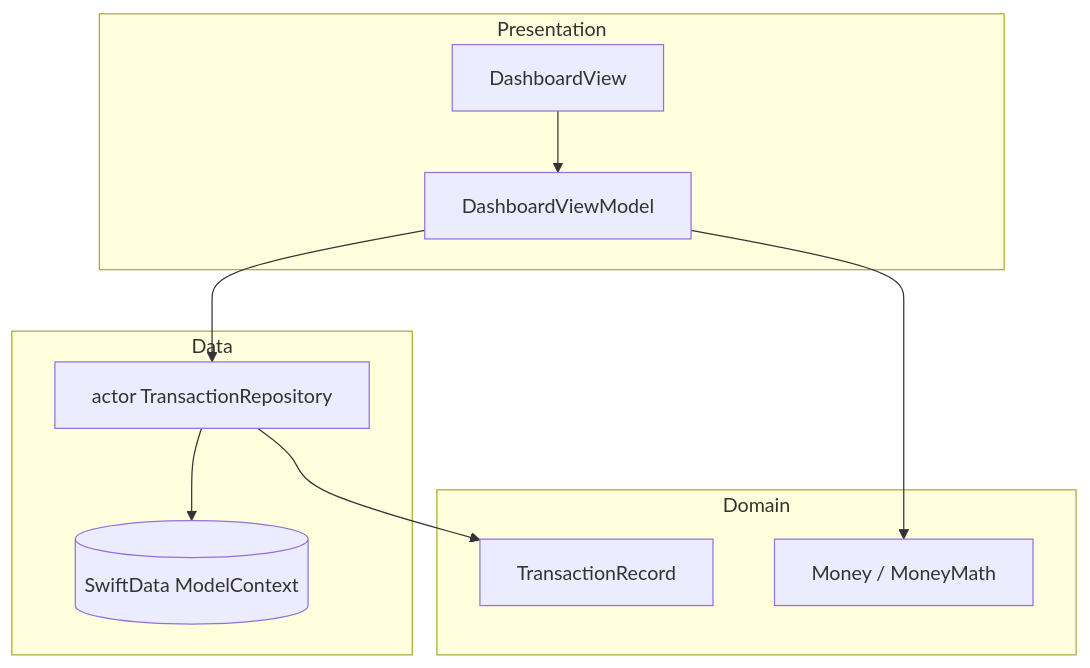
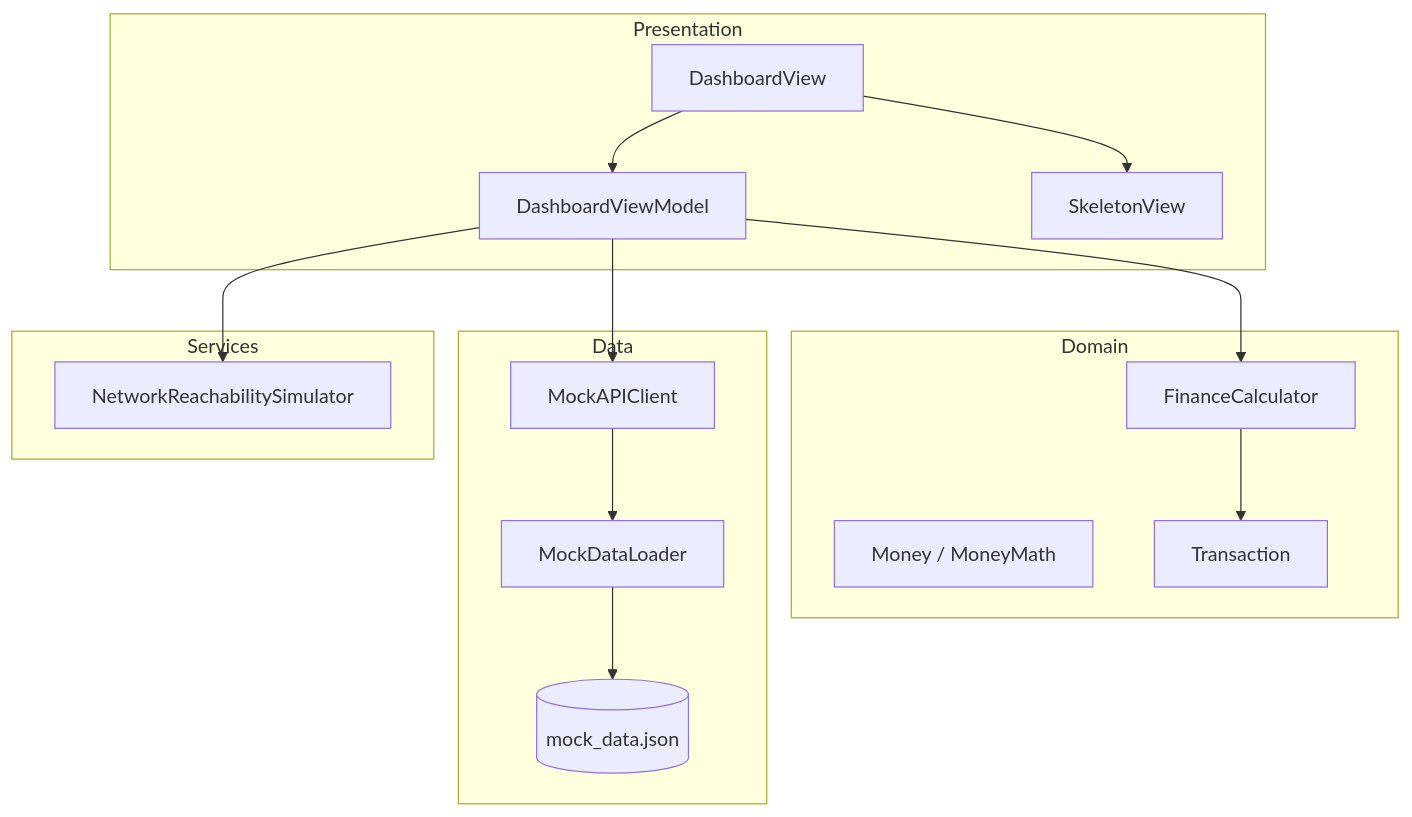
One commit to deepak4u2006/PulseLedger changed the diagram in README.md. Above: the diagram before and after it, drawn with Mermaid. The commit also changed other lines of this file, not shown here.

Commit message:
docs: document mock API, Combine vs async/await split

````diff
--- a/README.md
+++ b/README.md
@@ -11,20 +9,29 @@
 ```mermaid
 flowchart TB
     subgraph presentation [Presentation]
         DV[DashboardView]
         DVM[DashboardViewModel]
+        SK[SkeletonView]
     end
     subgraph domain [Domain]
         M[Money / MoneyMath]
-        TR[TransactionRecord]
+        FC[FinanceCalculator]
+        T[Transaction]
     end
     subgraph data [Data]
-        AR["actor TransactionRepository"]
-        SD[(SwiftData ModelContext)]
+        JSON[(mock_data.json)]
+        MDL[MockDataLoader]
+        API[MockAPIClient]
+    end
+    subgraph services [Services]
+        NR[NetworkReachabilitySimulator]
     end
     DV --> DVM
-    DVM --> AR
-    AR --> SD
-    DVM --> M
-    AR --> TR
+    DVM --> API
+    DVM --> NR
+    API --> MDL
+    MDL --> JSON
+    DVM --> FC
+    FC --> T
+    DV --> SK
 ```
````
